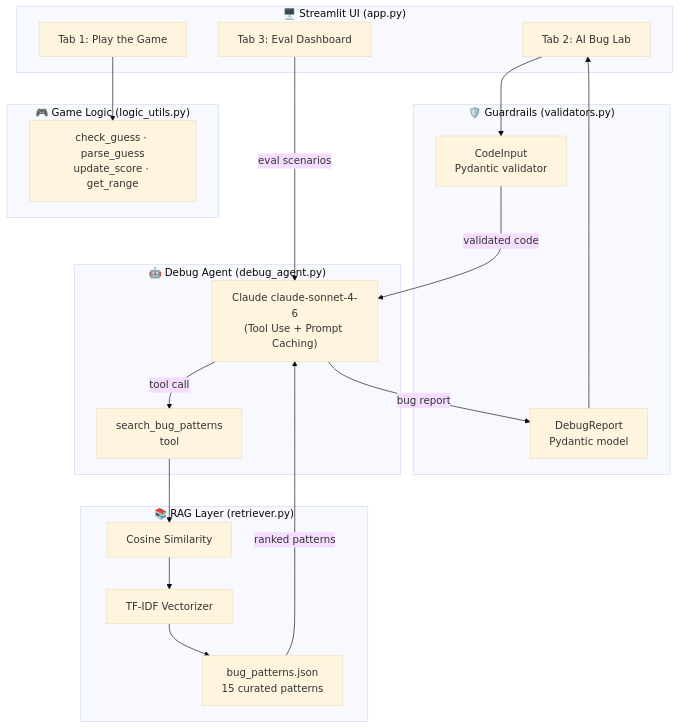
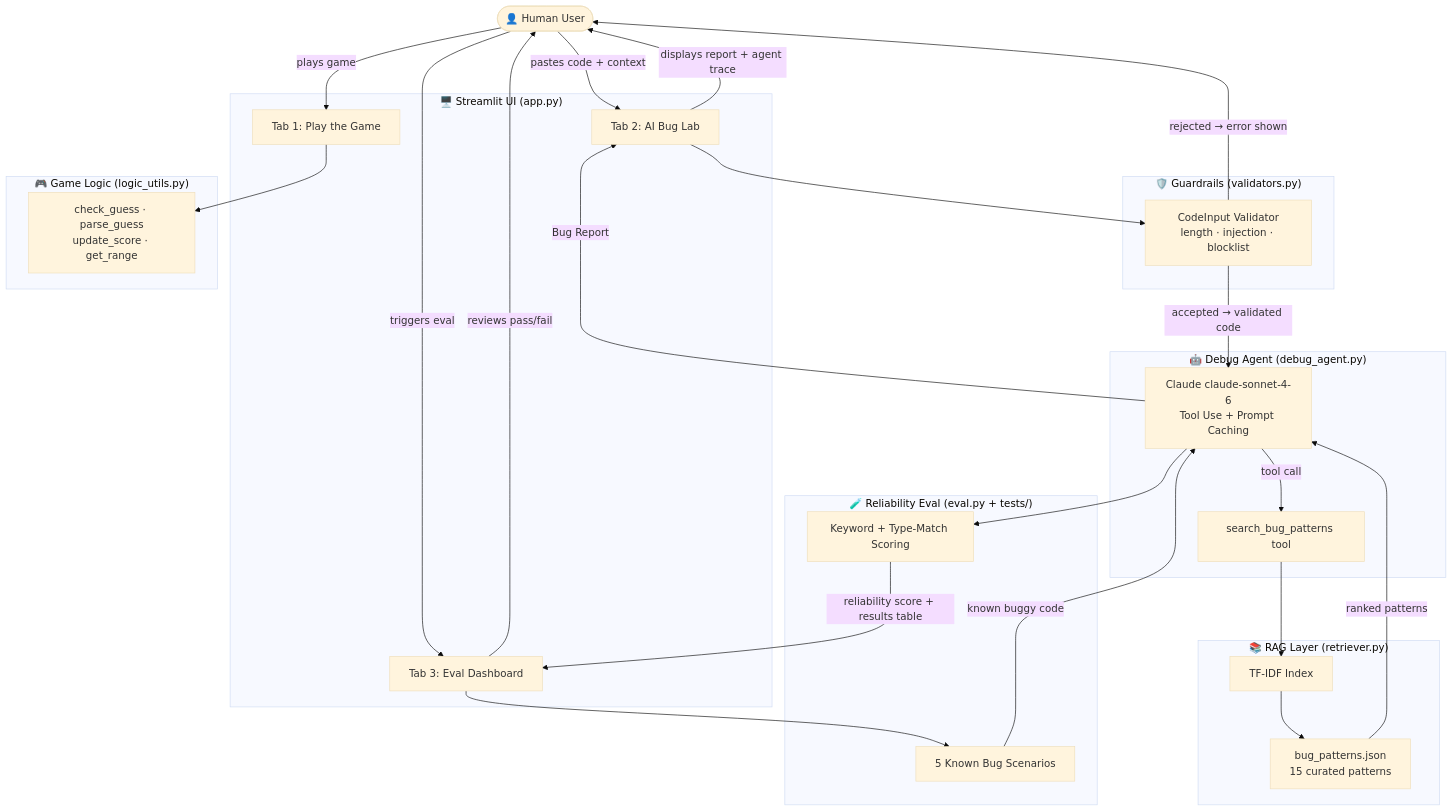
One commit to BrandenBedoya/ai110-applied-ai-system-project-gameglitch-investigator changed the diagram in README.md. Above: the diagram before and after it, drawn with Mermaid (base theme). The commit also changed other lines of this file, not shown here.

````diff
--- a/README.md
+++ b/README.md
@@ -13,40 +27,54 @@
 ```mermaid
-graph TB
+flowchart TB
+    Human(["👤 Human User"])
+
     subgraph UI["🖥️ Streamlit UI  (app.py)"]
         T1["Tab 1: Play the Game"]
         T2["Tab 2: AI Bug Lab"]
         T3["Tab 3: Eval Dashboard"]
     end
 
     subgraph Guard["🛡️ Guardrails  (validators.py)"]
-        IV["CodeInput\nPydantic validator"]
-        OV["DebugReport\nPydantic model"]
+        IV["CodeInput Validator\nlength · injection · blocklist"]
     end
 
     subgraph Agent["🤖 Debug Agent  (debug_agent.py)"]
-        CL["Claude claude-sonnet-4-6\n(Tool Use + Prompt Caching)"]
-        TU["search_bug_patterns\ntool"]
+        CL["Claude claude-sonnet-4-6\nTool Use + Prompt Caching"]
+        TU["search_bug_patterns tool"]
     end
 
     subgraph RAG["📚 RAG Layer  (retriever.py)"]
         KBJ["bug_patterns.json\n15 curated patterns"]
-        TF["TF-IDF Vectorizer"]
-        CS["Cosine Similarity"]
+        TF["TF-IDF Index"]
     end
 
     subgraph Game["🎮 Game Logic  (logic_utils.py)"]
         GL["check_guess · parse_guess\nupdate_score · get_range"]
     end
 
+    subgraph Eval["🧪 Reliability Eval  (eval.py + tests/)"]
+        SC["5 Known Bug Scenarios"]
+        SCORE["Keyword + Type-Match Scoring"]
+    end
+
+    Human -->|"pastes code + context"| T2
     T2 --> IV
-    IV -->|validated code| CL
-    CL -->|tool call| TU
-    TU --> CS
-    CS --> TF
+    IV -->|"rejected → error shown"| Human
+    IV -->|"accepted → validated code"| CL
+    CL -->|"tool call"| TU
+    TU --> TF
     TF --> KBJ
-    KBJ -->|ranked patterns| CL
-    CL -->|bug report| OV
-    OV --> T2
-    T3 -->|eval scenarios| CL
+    KBJ -->|"ranked patterns"| CL
+    CL -->|"Bug Report"| T2
+    T2 -->|"displays report + agent trace"| Human
+
+    Human -->|"plays game"| T1
     T1 --> GL
+
+    Human -->|"triggers eval"| T3
+    T3 --> SC
+    SC -->|"known buggy code"| CL
+    CL --> SCORE
+    SCORE -->|"reliability score + results table"| T3
+    T3 -->|"reviews pass/fail"| Human
 ```
````
